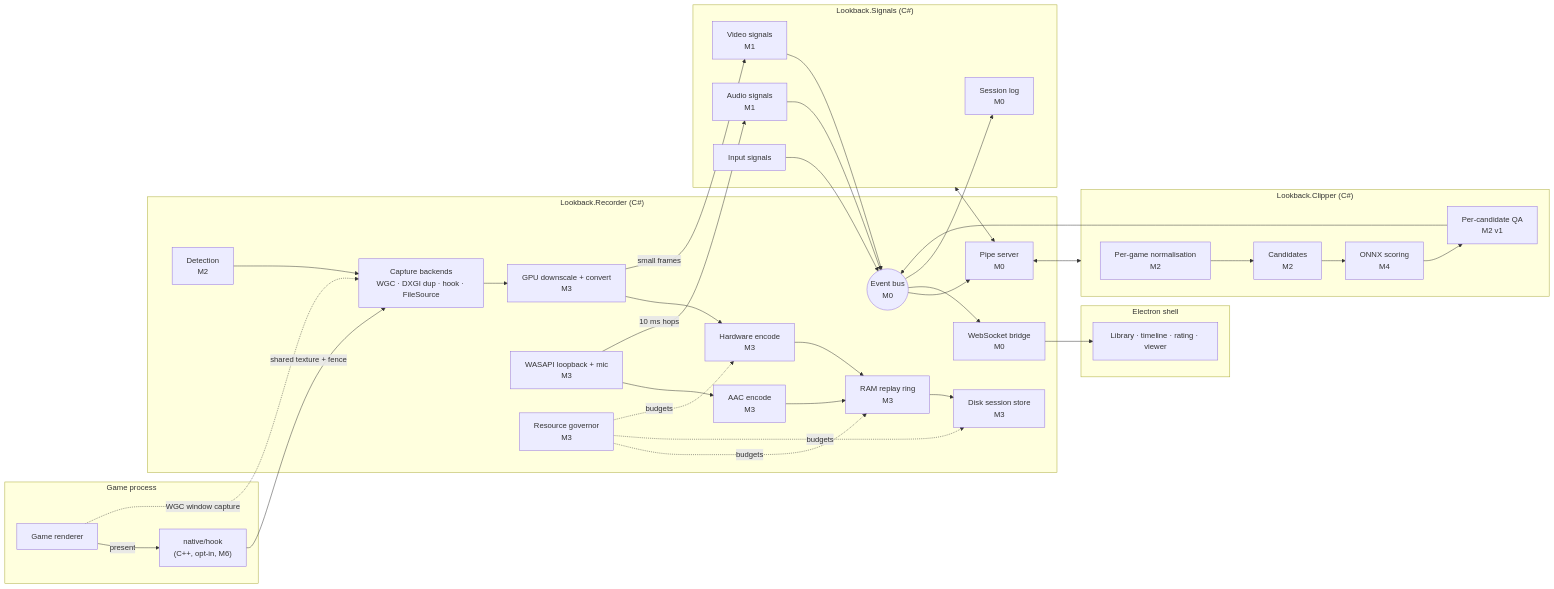
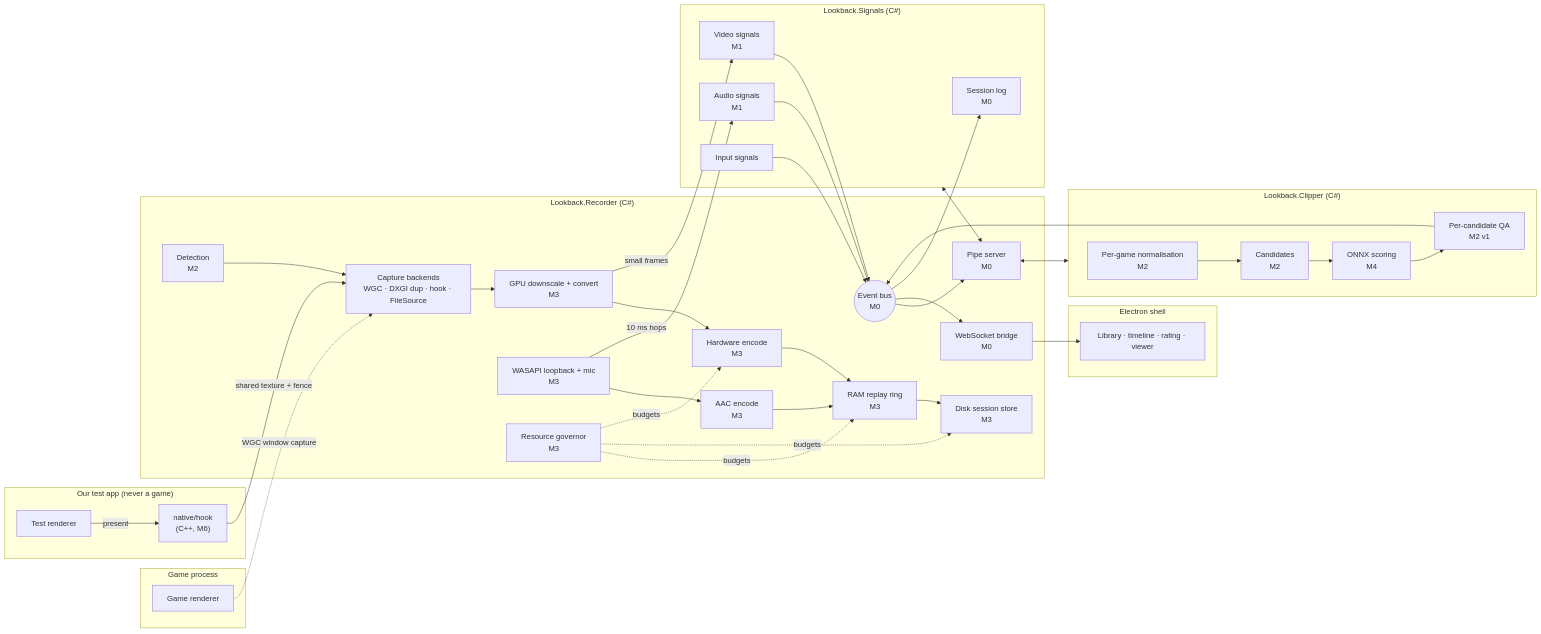
The first of 6 diagrams in docs/wiki/Architecture.md (Joshmh7128/Lookback), drawn with Mermaid before and after one commit. The commit also changed other lines of this file and 34 other files, not shown here.

First line of the commit message:
Present-hook capture backend (M6), limited to our own test apps (#24)

````diff
--- a/docs/wiki/Architecture.md
+++ b/docs/wiki/Architecture.md
@@ -14,53 +14,57 @@
 ```mermaid
 flowchart LR
     subgraph Game["Game process"]
         G[Game renderer]
-        H["native/hook<br/>(C++, opt-in, M6)"]
+    end
+
+    subgraph TestApp["Our test app (never a game)"]
+        TA[Test renderer]
+        H["native/hook<br/>(C++, M6)"]
     end
 
     subgraph Recorder["Lookback.Recorder (C#)"]
         DET[Detection<br/>M2]
         CAP[Capture backends<br/>WGC · DXGI dup · hook · FileSource]
         GPU[GPU downscale + convert<br/>M3]
         ENC[Hardware encode<br/>M3]
         AUD[WASAPI loopback + mic<br/>M3]
         AAC[AAC encode<br/>M3]
         RING[RAM replay ring<br/>M3]
         DISK[Disk session store<br/>M3]
         GOV[Resource governor<br/>M3]
         BUS(("Event bus<br/>M0"))
         PIPES[Pipe server<br/>M0]
         WS[WebSocket bridge<br/>M0]
     end
 
     subgraph Signals["Lookback.Signals (C#)"]
         VS[Video signals<br/>M1]
         AS[Audio signals<br/>M1]
         IS[Input signals]
         LOG[Session log<br/>M0]
     end
 
     subgraph Clipper["Lookback.Clipper (C#)"]
         NORM[Per-game normalisation<br/>M2]
         CAND[Candidates<br/>M2]
         SCORE[ONNX scoring<br/>M4]
         QA[Per-candidate QA<br/>M2 v1]
     end
 
     subgraph Shell["Electron shell"]
         UI[Library · timeline · rating · viewer]
     end
 
-    G -- present --> H -- shared texture + fence --> CAP
+    TA -- present --> H -- shared texture + fence --> CAP
     G -. WGC window capture .-> CAP
     DET --> CAP --> GPU --> ENC --> RING --> DISK
     AUD --> AAC --> RING
     AUD -- 10 ms hops --> AS
     GOV -. budgets .-> RING & DISK & ENC
     GPU -- small frames --> VS
     VS & AS & IS --> BUS
     BUS --> PIPES & WS & LOG
     PIPES <--> Signals & Clipper
     WS --> UI
     NORM --> CAND --> SCORE --> QA --> BUS
 ```
````
